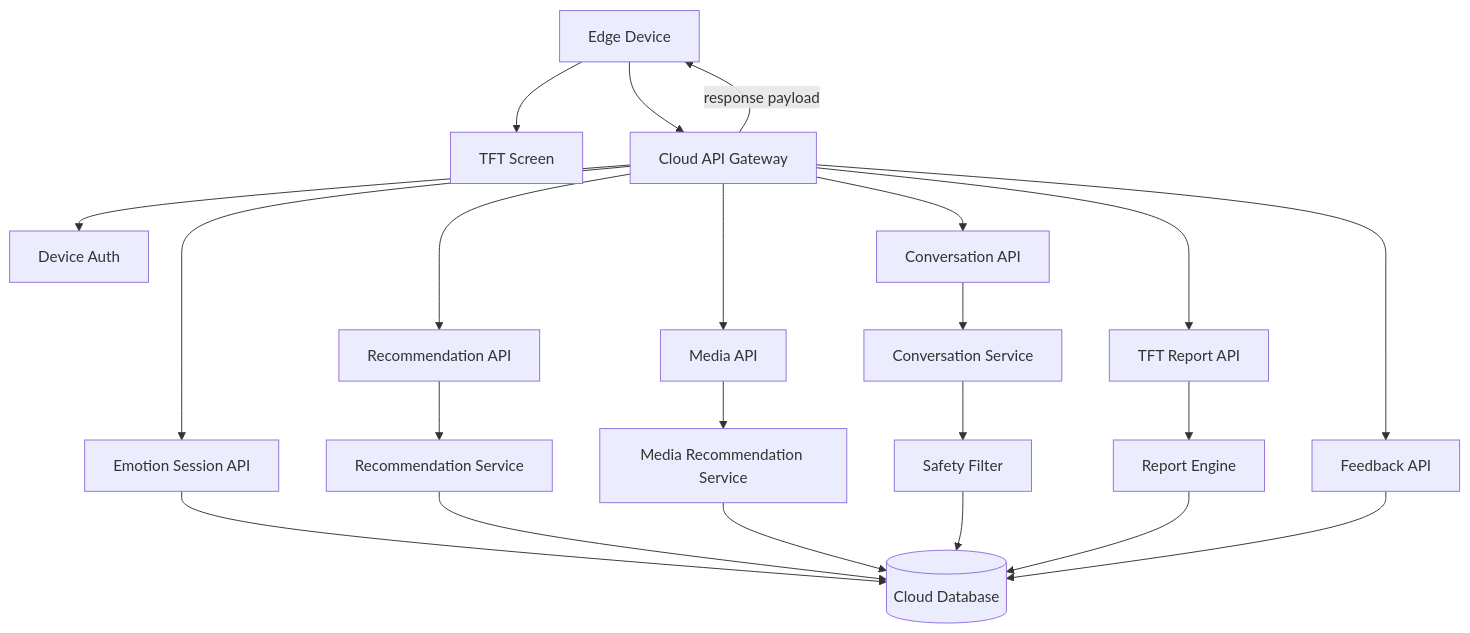
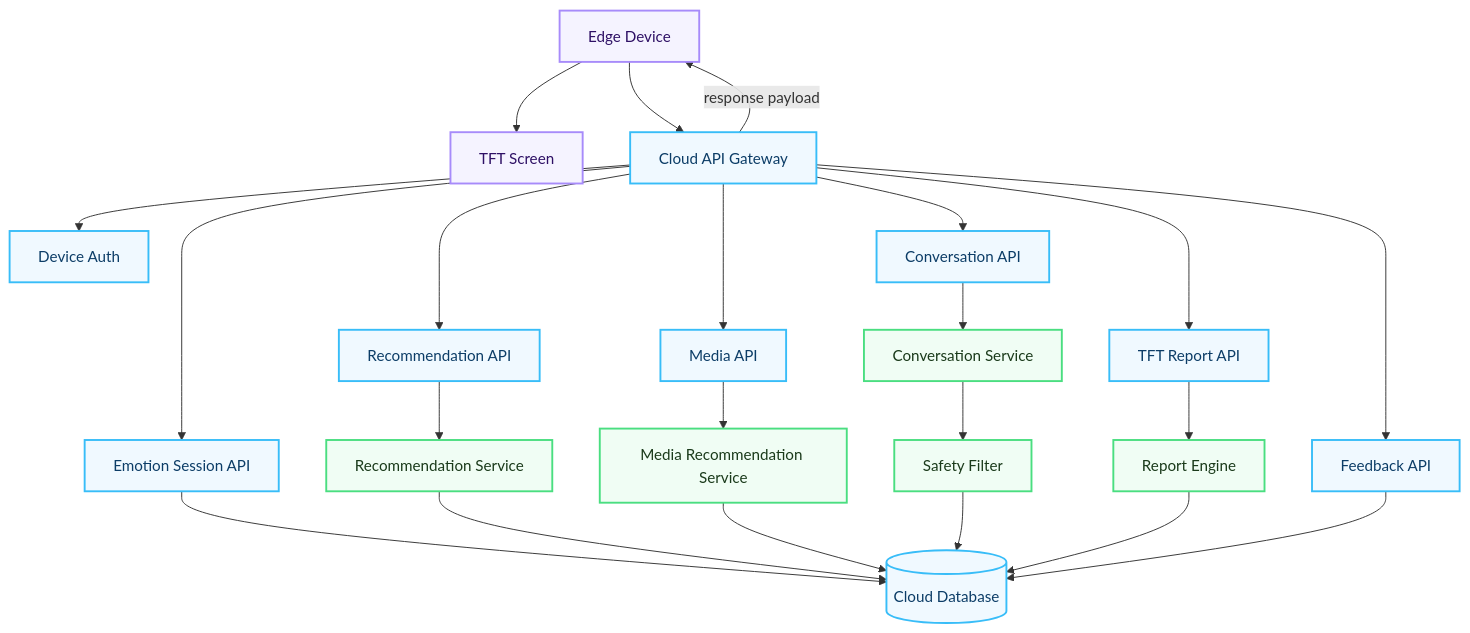
Before and after one commit to Computer-Vision-HCMUS/AIoT-Server: the first of 3 diagrams in docs/Spectification/EmotiCareAIoT/05_Internet Service.md, drawn with Mermaid. The commit also changed other lines of this file and 88 other files, not shown here.

````diff
--- a/docs/Spectification/EmotiCareAIoT/05_Internet Service.md
+++ b/docs/Spectification/EmotiCareAIoT/05_Internet Service.md
@@ -17,30 +17,41 @@
 ```mermaid
 flowchart TD
     Edge["Edge Device"]
     TFT["TFT Screen"]
     Gateway["Cloud API Gateway"]
     DeviceAuth["Device Auth"]
     SessionAPI["Emotion Session API"]
     RecommendationAPI["Recommendation API"]
     MediaAPI["Media API"]
     ConversationAPI["Conversation API"]
     ReportAPI["TFT Report API"]
     FeedbackAPI["Feedback API"]
     DB[("Cloud Database")]
     Reco["Recommendation Service"]
     Media["Media Recommendation Service"]
     Chat["Conversation Service"]
     Safety["Safety Filter"]
     ReportEngine["Report Engine"]
 
     Edge --> Gateway
     Gateway --> DeviceAuth
     Gateway --> SessionAPI --> DB
     Gateway --> RecommendationAPI --> Reco --> DB
     Gateway --> MediaAPI --> Media --> DB
     Gateway --> ConversationAPI --> Chat --> Safety --> DB
     Gateway --> ReportAPI --> ReportEngine --> DB
     Gateway --> FeedbackAPI --> DB
     Gateway -->|"response payload"| Edge
     Edge --> TFT
+
+
+    classDef userNode stroke:#818cf8,fill:#eef2ff,stroke-width:2px,color:#1e1b4b
+    classDef edgeNode stroke:#a78bfa,fill:#f5f3ff,stroke-width:2px,color:#2e1065
+    classDef cacheNode stroke:#2dd4bf,fill:#f0fdfa,stroke-width:2px,color:#0d5a57
+    classDef cloudNode stroke:#38bdf8,fill:#f0f9ff,stroke-width:2px,color:#0c3d67
+    classDef serviceNode stroke:#4ade80,fill:#f0fdf4,stroke-width:2px,color:#1a3a1a
+    classDef actionNode stroke:#f59e0b,fill:#fffbeb,stroke-width:2px,color:#78350f
+    class Edge,TFT edgeNode
+    class Gateway,DeviceAuth,SessionAPI,RecommendationAPI,MediaAPI,ConversationAPI,ReportAPI,FeedbackAPI,DB cloudNode
+    class Reco,Media,Chat,Safety,ReportEngine serviceNode
 ```
````
